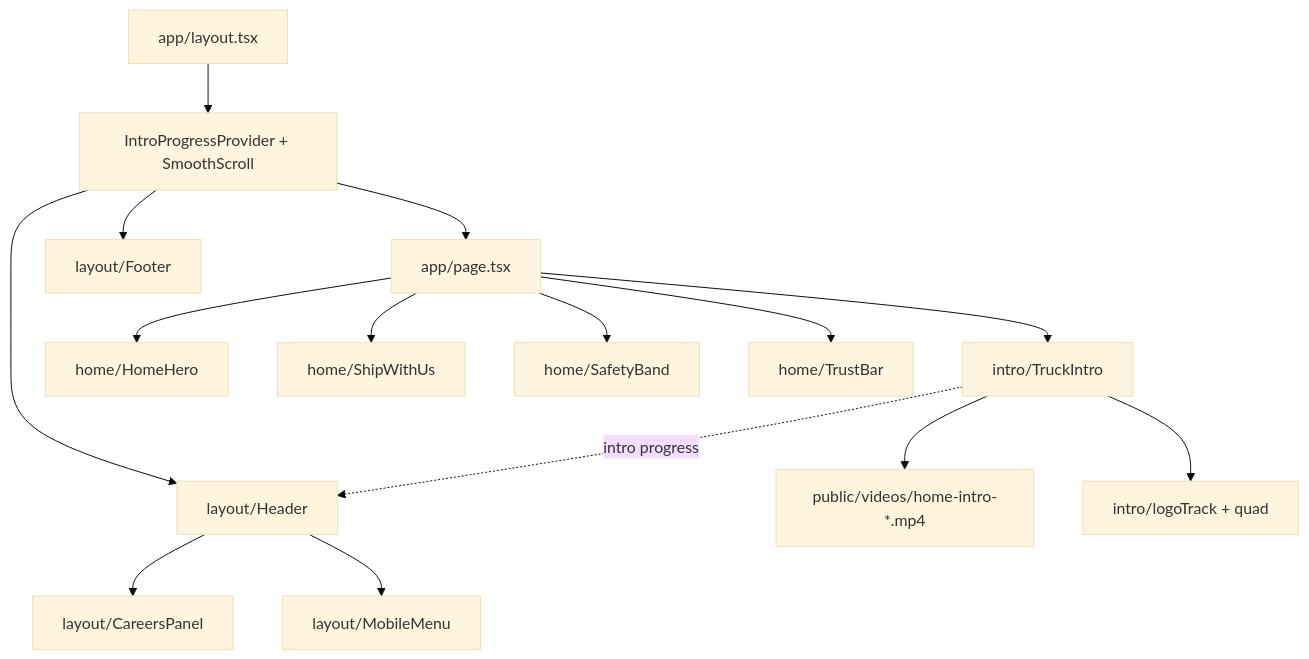
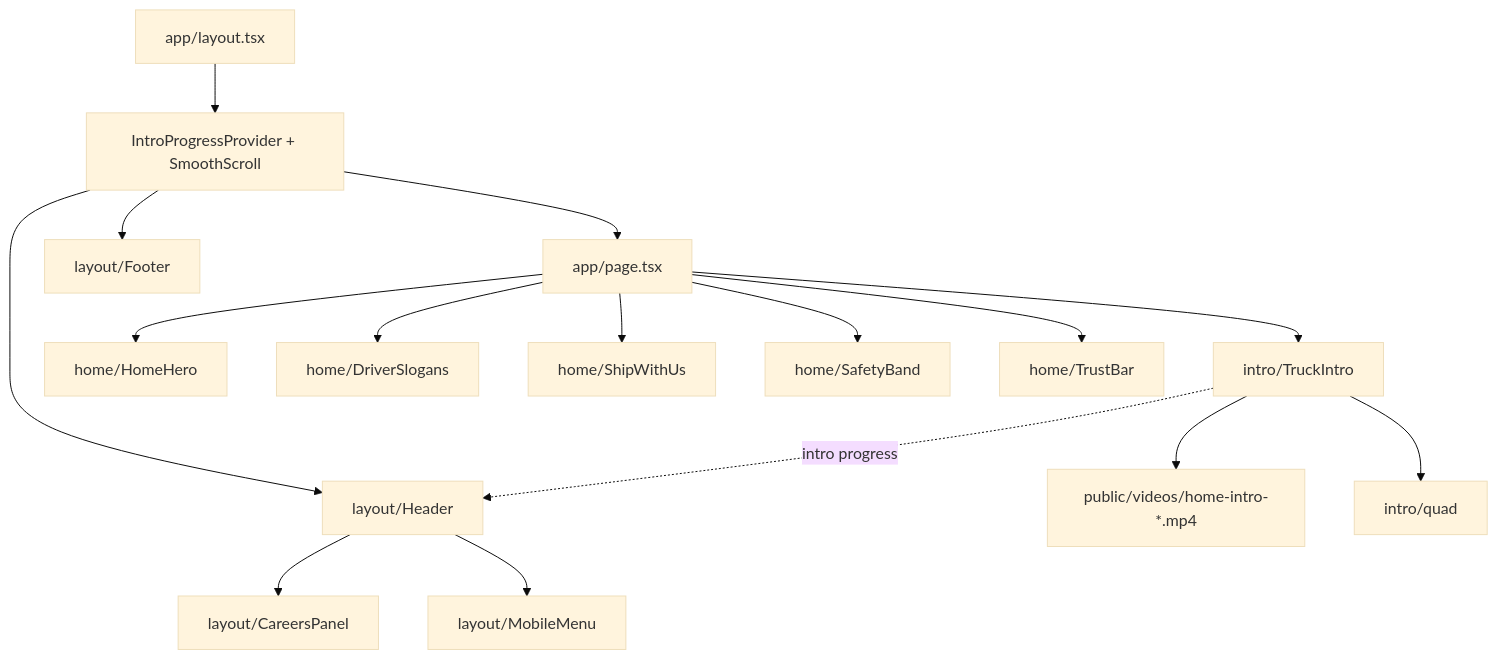
The diagram in docs/NAVIGATION.md (stadlerv3311/laughing-dollop), drawn with Mermaid (base theme) before and after one commit. The commit also changed other lines of this file and 12 other files, not shown here.

First line of the commit message:
Rebuild the homepage hero as a light split; intro logo appears centred

````diff
--- a/docs/NAVIGATION.md
+++ b/docs/NAVIGATION.md
@@ -54,17 +55,18 @@
 ```mermaid
 flowchart TD
   Layout["app/layout.tsx"] --> Providers["IntroProgressProvider + SmoothScroll"]
   Providers --> Header["layout/Header"]
   Providers --> Page["app/page.tsx"]
   Providers --> Footer["layout/Footer"]
   Header --> CareersPanel["layout/CareersPanel"]
   Header --> MobileMenu["layout/MobileMenu"]
   Page --> TruckIntro["intro/TruckIntro"]
   Page --> HomeHero["home/HomeHero"]
+  Page --> DriverSlogans["home/DriverSlogans"]
   Page --> ShipWithUs["home/ShipWithUs"]
   Page --> SafetyBand["home/SafetyBand"]
   Page --> TrustBar["home/TrustBar"]
   TruckIntro --> Video["public/videos/home-intro-*.mp4"]
-  TruckIntro --> LogoTrack["intro/logoTrack + quad"]
+  TruckIntro --> Quad["intro/quad"]
   TruckIntro -. "intro progress" .-> Header
 ```
````
